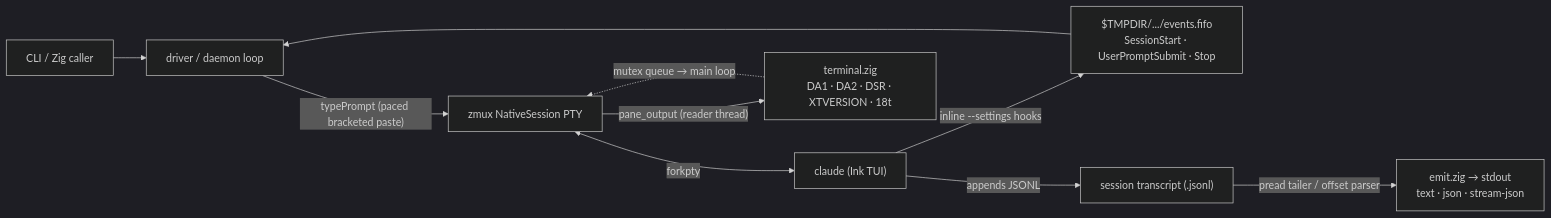
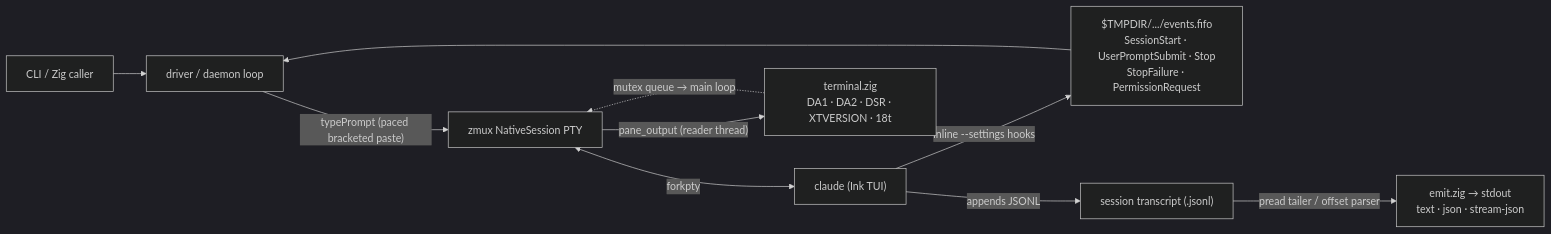
One commit to smithersai/claude-p changed the diagram in README.md. Above: the diagram before and after it, drawn with Mermaid (dark theme). The commit also changed other lines of this file and 67 other files, not shown here.

````diff
--- a/README.md
+++ b/README.md
@@ -58,12 +64,12 @@
 ```mermaid
 flowchart LR
     CLI["CLI / Zig caller"] --> Driver["driver / daemon loop"]
     Driver -->|"typePrompt (paced bracketed paste)"| PTY["zmux NativeSession PTY"]
     PTY <-->|"forkpty"| Claude["claude (Ink TUI)"]
     PTY -->|"pane_output (reader thread)"| DEC["terminal.zig<br/>DA1 · DA2 · DSR · XTVERSION · 18t"]
     DEC -.->|"mutex queue → main loop"| PTY
-    Claude -->|"inline --settings hooks"| FIFO["$TMPDIR/.../events.fifo<br/>SessionStart · UserPromptSubmit · Stop"]
+    Claude -->|"inline --settings hooks"| FIFO["$TMPDIR/.../events.fifo<br/>SessionStart · UserPromptSubmit · Stop<br/>StopFailure · PermissionRequest"]
     FIFO --> Driver
     Claude -->|"appends JSONL"| Transcript["session transcript (.jsonl)"]
     Transcript -->|"pread tailer / offset parser"| Emit["emit.zig → stdout<br/>text · json · stream-json"]
 ```
````
